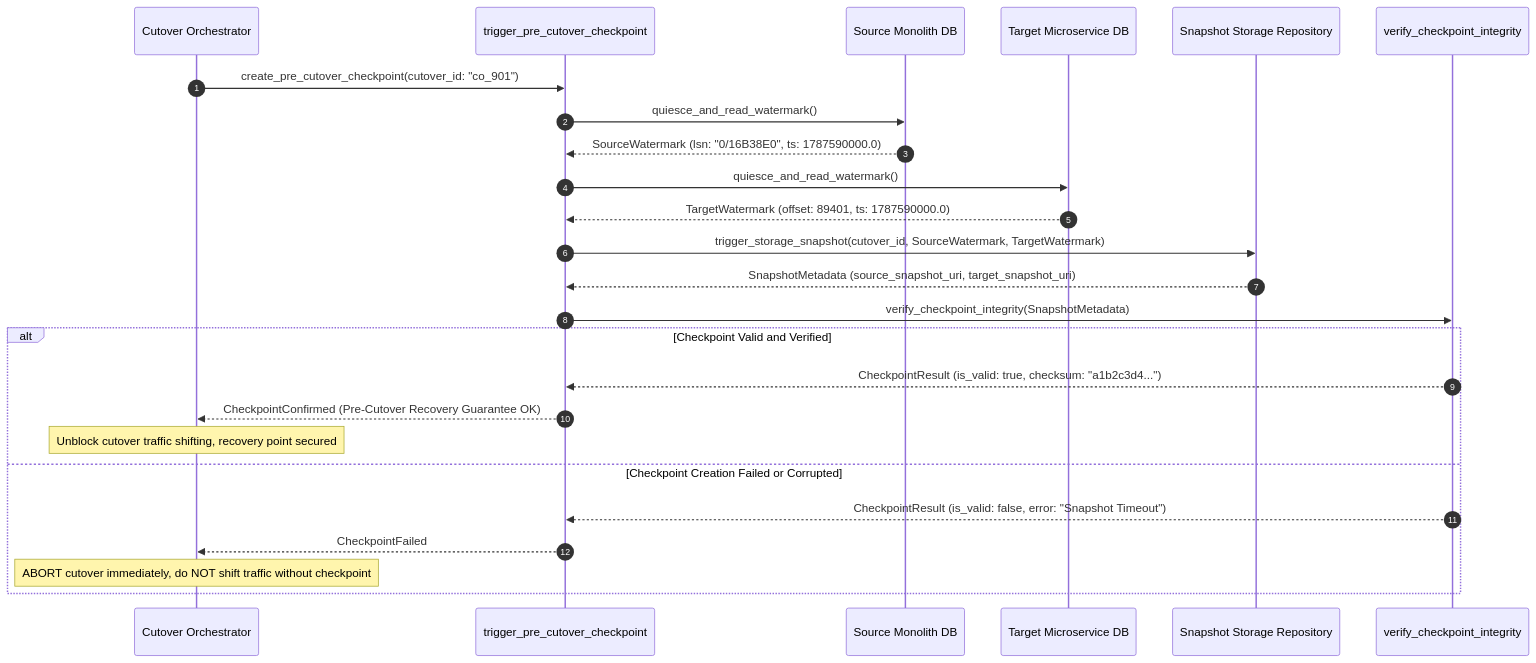
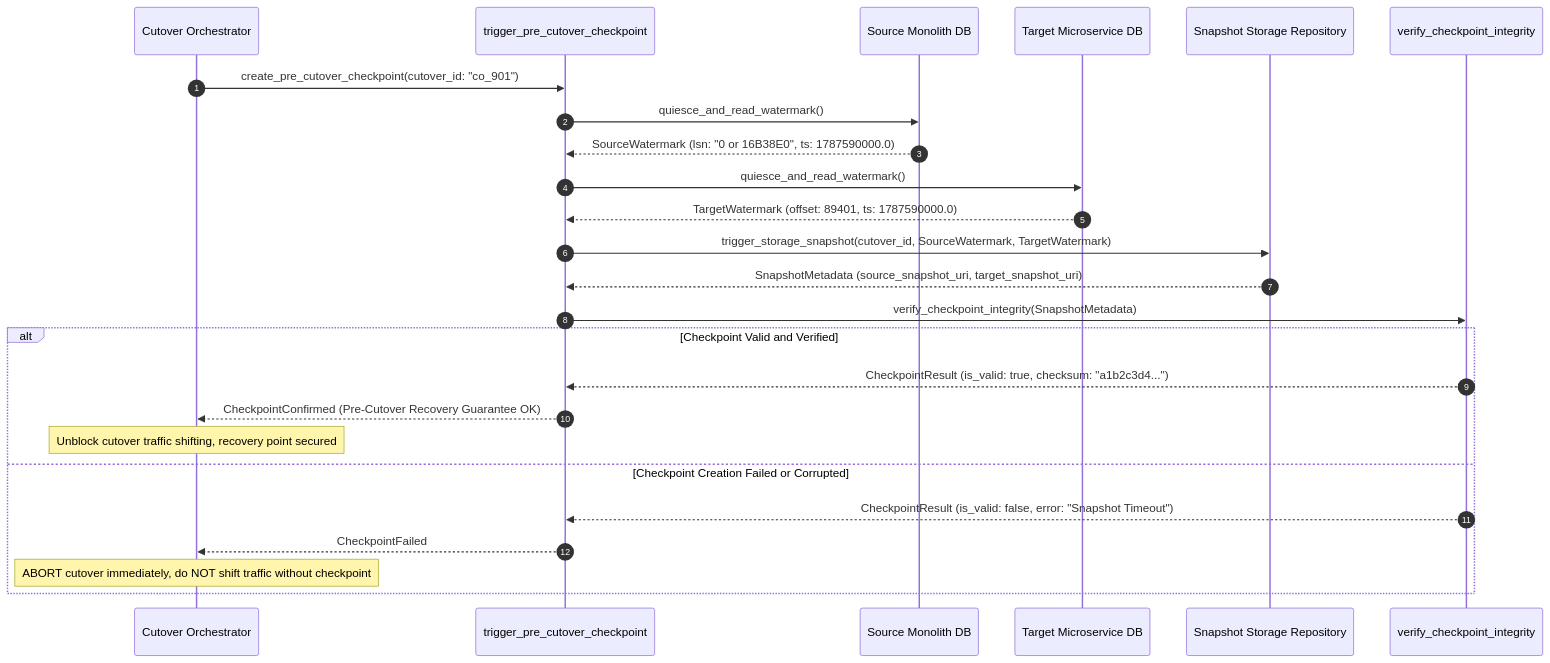
One commit to Chief-Strategist-J/llm-observability-platform changed the second of 2 diagrams in notebooks/runbooks/refs/06-rollback-cutover-lifecycle/point-in-time-checkpoint.md. Above: the diagram before and after it, drawn with Mermaid. The commit also changed 35 other files, not shown here.

Commit message:
fix(docs): resolve sequence diagram message label syntax errors across runbook suite

````diff
--- a/notebooks/runbooks/refs/06-rollback-cutover-lifecycle/point-in-time-checkpoint.md
+++ b/notebooks/runbooks/refs/06-rollback-cutover-lifecycle/point-in-time-checkpoint.md
@@ -61,33 +61,33 @@
 ```mermaid
 sequenceDiagram
     autonumber
     participant Orchestrator as Cutover Orchestrator
     participant Checkpoint as trigger_pre_cutover_checkpoint
     participant SourceDB as Source Monolith DB
     participant TargetDB as Target Microservice DB
     participant Store as Snapshot Storage Repository
     participant Verifier as verify_checkpoint_integrity
 
     Orchestrator->>Checkpoint: create_pre_cutover_checkpoint(cutover_id: "co_901")
     
     Checkpoint->>SourceDB: quiesce_and_read_watermark()
-    SourceDB-->>Checkpoint: SourceWatermark (lsn: "0/16B38E0", ts: 1787590000.0)
+    SourceDB-->>Checkpoint: SourceWatermark (lsn: "0 or 16B38E0", ts: 1787590000.0)
 
     Checkpoint->>TargetDB: quiesce_and_read_watermark()
     TargetDB-->>Checkpoint: TargetWatermark (offset: 89401, ts: 1787590000.0)
 
     Checkpoint->>Store: trigger_storage_snapshot(cutover_id, SourceWatermark, TargetWatermark)
     Store-->>Checkpoint: SnapshotMetadata (source_snapshot_uri, target_snapshot_uri)
 
     Checkpoint->>Verifier: verify_checkpoint_integrity(SnapshotMetadata)
     
     alt Checkpoint Valid and Verified
         Verifier-->>Checkpoint: CheckpointResult (is_valid: true, checksum: "a1b2c3d4...")
         Checkpoint-->>Orchestrator: CheckpointConfirmed (Pre-Cutover Recovery Guarantee OK)
         Note over Orchestrator: Unblock cutover traffic shifting, recovery point secured
     else Checkpoint Creation Failed or Corrupted
         Verifier-->>Checkpoint: CheckpointResult (is_valid: false, error: "Snapshot Timeout")
         Checkpoint-->>Orchestrator: CheckpointFailed
         Note over Orchestrator: ABORT cutover immediately, do NOT shift traffic without checkpoint
     end
 ```
````
